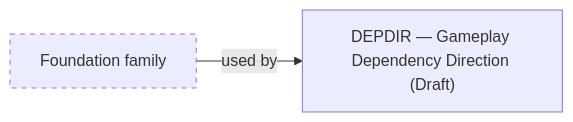
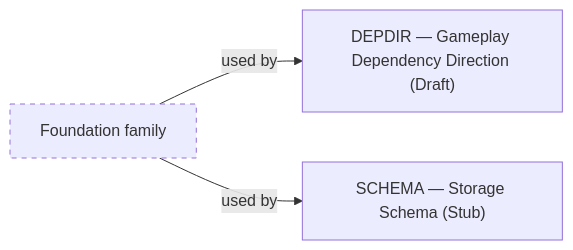
Before and after one commit to konrad-jamrozik/game-v5: the second of 2 diagrams in docs/specs/implementation/about-implementation.md, drawn with Mermaid. The commit also changed other lines of this file and 39 other files, not shown here.

````diff
--- a/docs/specs/implementation/about-implementation.md
+++ b/docs/specs/implementation/about-implementation.md
@@ -33,7 +44,9 @@
 ```mermaid
 flowchart LR
   DEPDIR["DEPDIR — Gameplay Dependency Direction (Draft)"]
+  SCHEMA["SCHEMA — Storage Schema (Stub)"]
   family_foundation["Foundation family"]:::external
   family_foundation -->|used by| DEPDIR
+  family_foundation -->|used by| SCHEMA
   classDef external stroke-dasharray: 5 5
 ```
````
